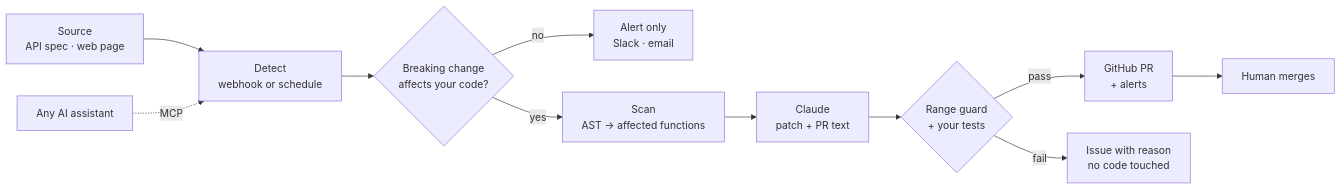
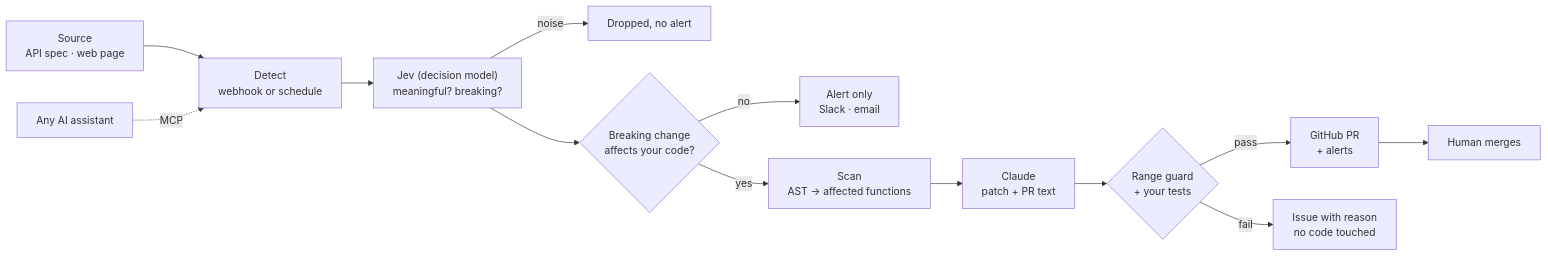
One commit to RickYoon/driftless changed the diagram in README.md. Above: the diagram before and after it, drawn with Mermaid. The commit also changed other lines of this file and 4 other files, not shown here.

Commit message:
Jev (non-generative decision model) judges every detected change; noise suppressed; landing/app/README: two kinds of AI kept apart

````diff
--- a/README.md
+++ b/README.md
@@ -18,13 +22,15 @@
 ```mermaid
 flowchart LR
   A["Source<br/>API spec · web page"] --> B["Detect<br/>webhook or schedule"]
-  B --> C{"Breaking change<br/>affects your code?"}
+  B --> J["Jev (decision model)<br/>meaningful? breaking?"]
+  J -->|noise| X["Dropped, no alert"]
+  J --> C{"Breaking change<br/>affects your code?"}
   C -->|no| N["Alert only<br/>Slack · email"]
   C -->|yes| D["Scan<br/>AST → affected functions"]
   D --> E["Claude<br/>patch + PR text"]
   E --> G{"Range guard<br/>+ your tests"}
   G -->|pass| P["GitHub PR<br/>+ alerts"]
   G -->|fail| I["Issue with reason<br/>no code touched"]
   P --> H["Human merges"]
   M["Any AI assistant"] -. MCP .-> B
 ```
````
